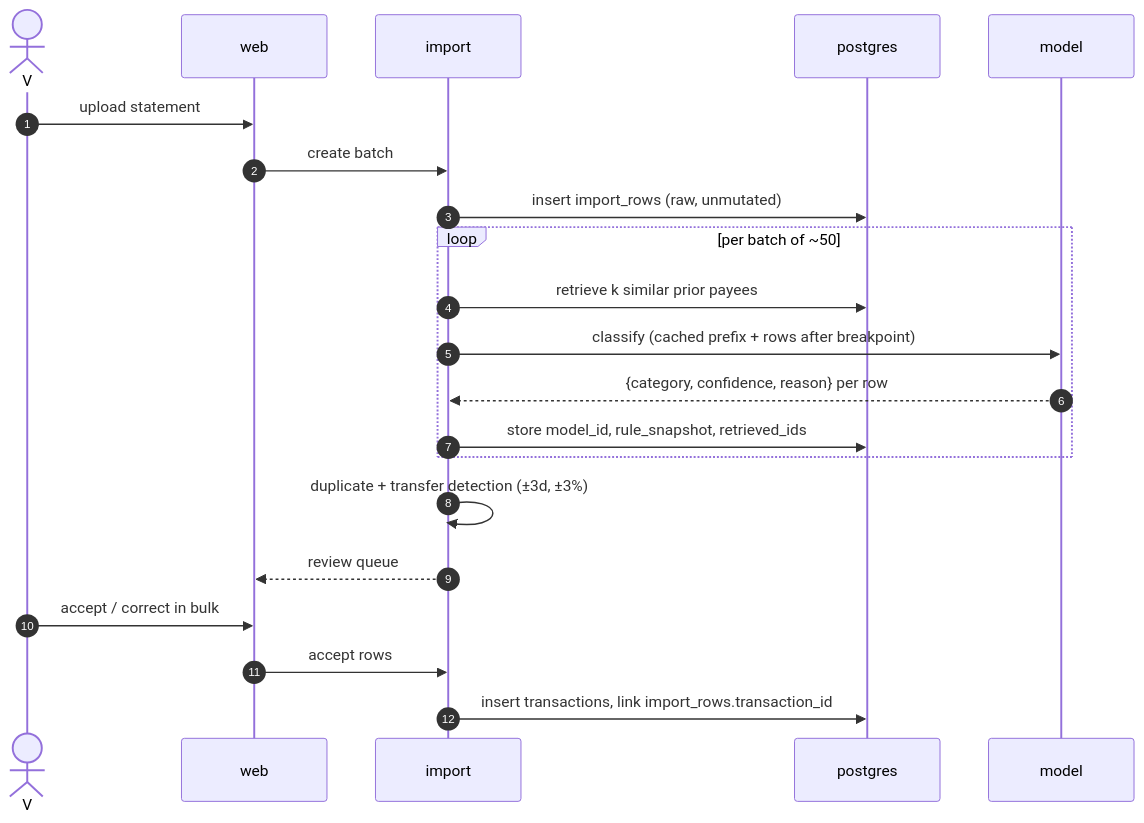
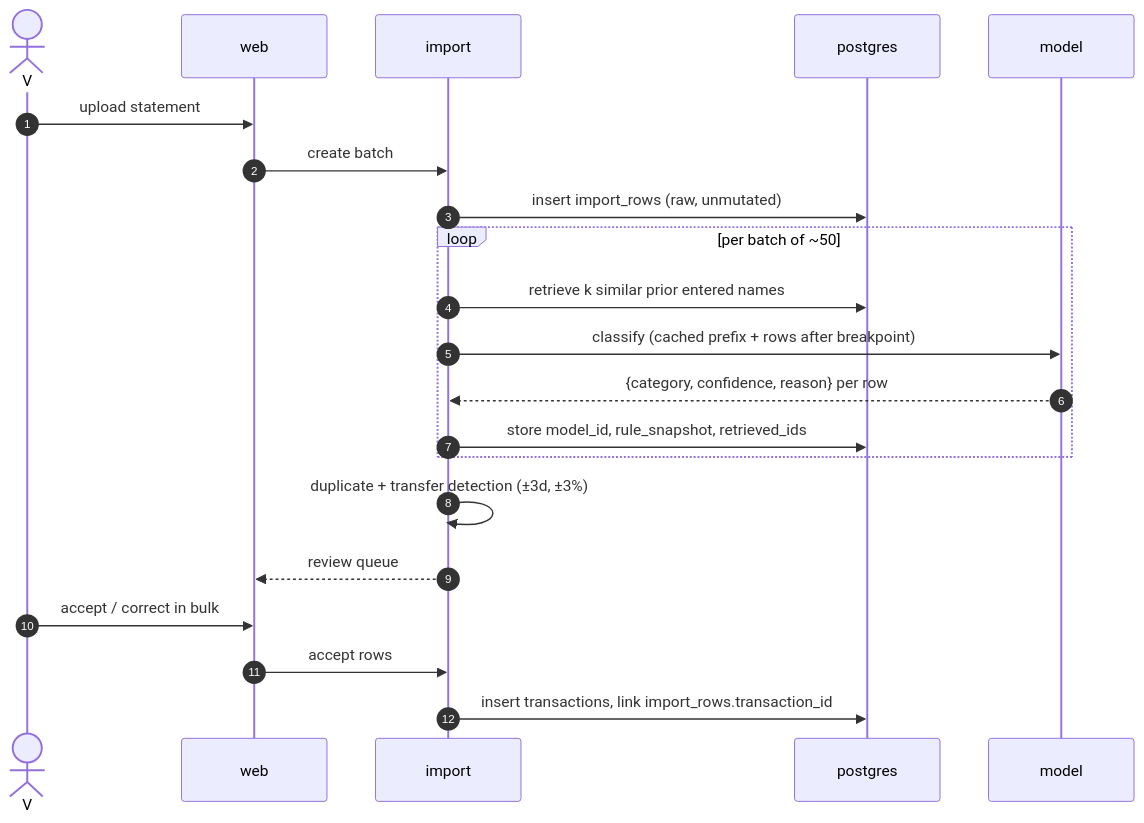
The third of 6 diagrams in docs/specification/architecture/04-sequences.md (VoltLightning/waltning), drawn with Mermaid before and after one commit. The commit also changed other lines of this file and 235 other files, not shown here.

````diff
--- a/docs/specification/architecture/04-sequences.md
+++ b/docs/specification/architecture/04-sequences.md
@@ -80,24 +80,24 @@
 ```mermaid
 sequenceDiagram
     autonumber
     actor V
     participant UI as web
     participant IMP as import
     participant DB as postgres
     participant M as model
 
     V->>UI: upload statement
     UI->>IMP: create batch
     IMP->>DB: insert import_rows (raw, unmutated)
     loop per batch of ~50
-        IMP->>DB: retrieve k similar prior payees
+        IMP->>DB: retrieve k similar prior entered names
         IMP->>M: classify (cached prefix + rows after breakpoint)
         M-->>IMP: {category, confidence, reason} per row
         IMP->>DB: store model_id, rule_snapshot, retrieved_ids
     end
     IMP->>IMP: duplicate + transfer detection (±3d, ±3%)
     IMP-->>UI: review queue
     V->>UI: accept / correct in bulk
     UI->>IMP: accept rows
     IMP->>DB: insert transactions, link import_rows.transaction_id
 ```
````
